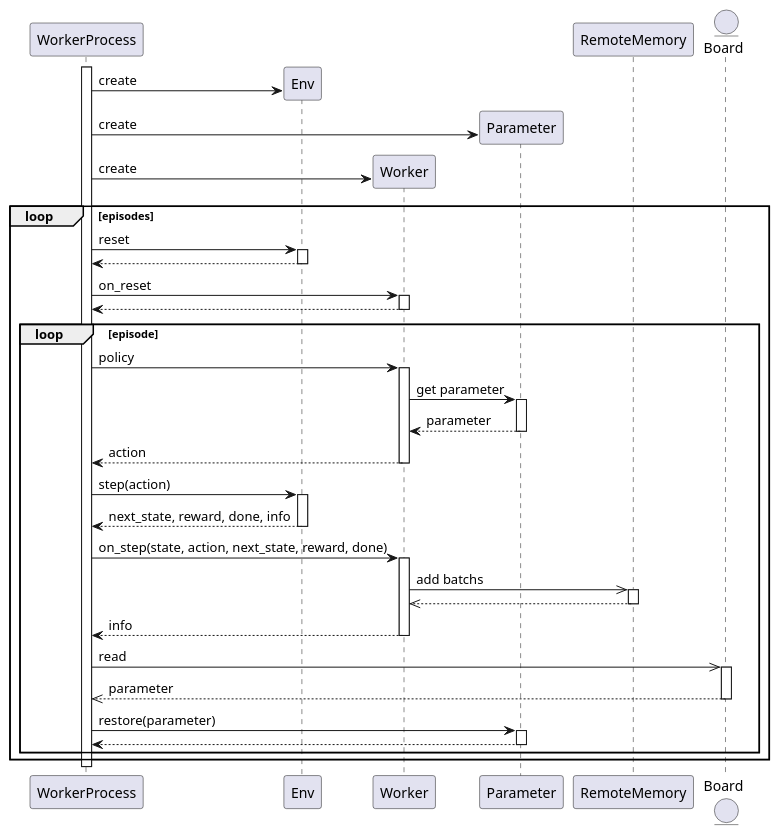
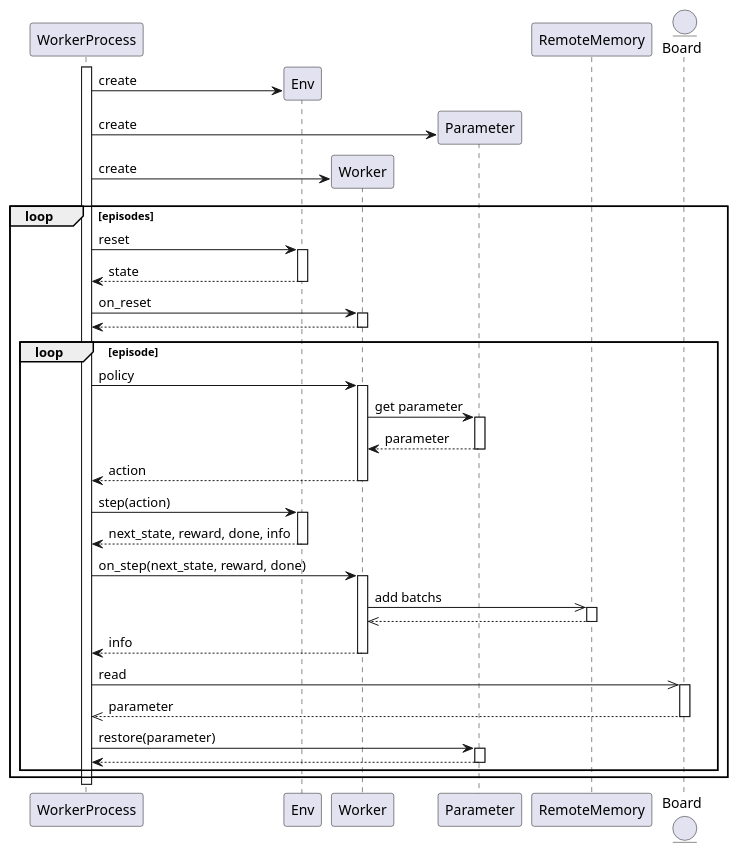
One commit to pocokhc/simple_distributed_rl changed the diagram in diagrams/runner_mp_flow_worker.pu. Above: the diagram before and after it, drawn with PlantUML. The commit also changed 94 other files, not shown here.

```diff
--- a/diagrams/runner_mp_flow_worker.pu
+++ b/diagrams/runner_mp_flow_worker.pu
@@ -1,45 +1,45 @@
 @startuml
 autoactivate on
 
 participant WorkerProcess
 participant Env
 participant Worker
 participant Parameter
 participant RemoteMemory
 entity Board
 
 
 activate WorkerProcess
 WorkerProcess -> Env ** : create
 WorkerProcess -> Parameter ** : create
 WorkerProcess -> Worker ** : create
 loop episodes
     WorkerProcess -> Env: reset
-    return
+    return state
     WorkerProcess -> Worker: on_reset
     return
 
     loop episode
         WorkerProcess -> Worker: policy
             Worker -> Parameter: get parameter
             return parameter
         return action
         WorkerProcess -> Env: step(action)
         return next_state, reward, done, info
 
-        WorkerProcess -> Worker: on_step(state, action, next_state, reward, done)
+        WorkerProcess -> Worker: on_step(next_state, reward, done)
             Worker ->> RemoteMemory: add batchs
             return
         return info
 
         WorkerProcess ->> Board: read
         return parameter
         WorkerProcess -> Parameter: restore(parameter)
         return
 
     end
 end
 deactivate WorkerProcess
 
 
 @enduml
```
